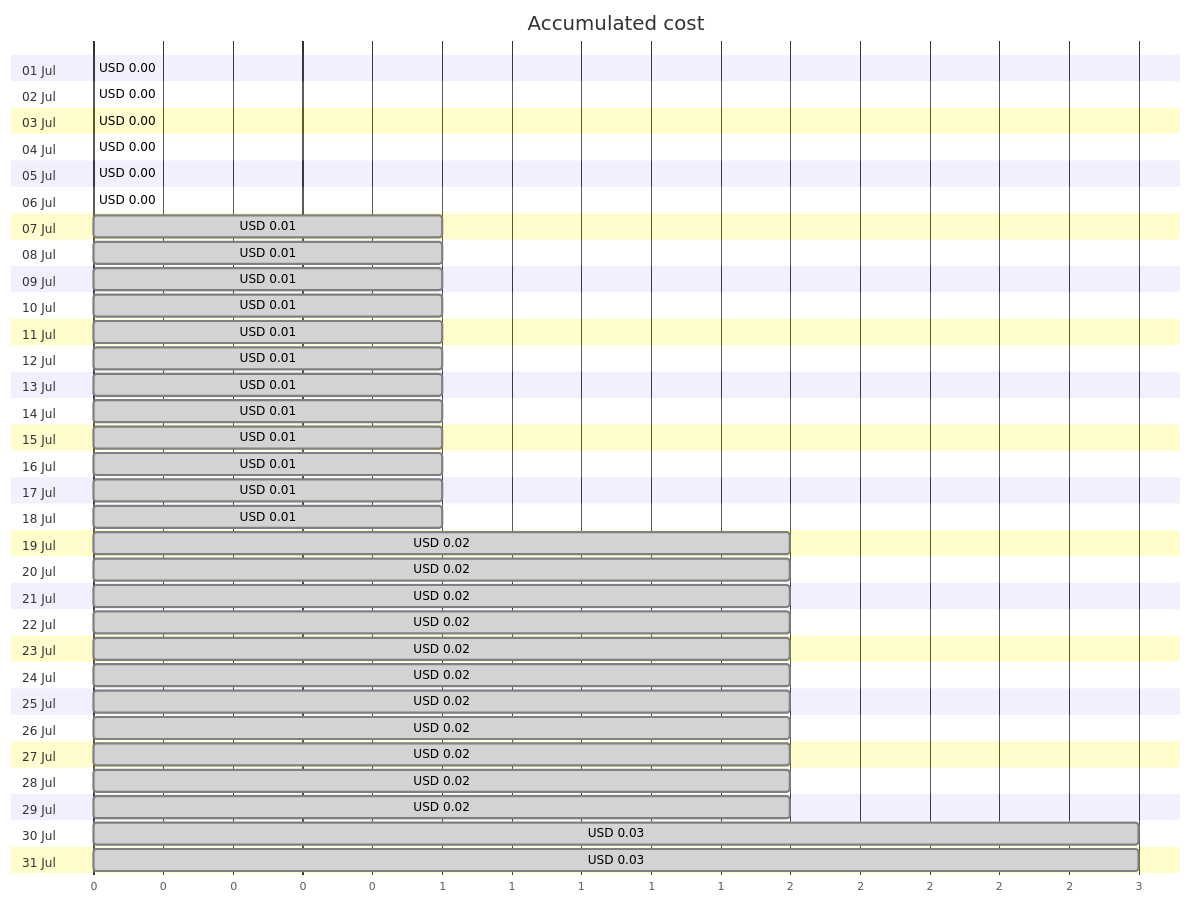
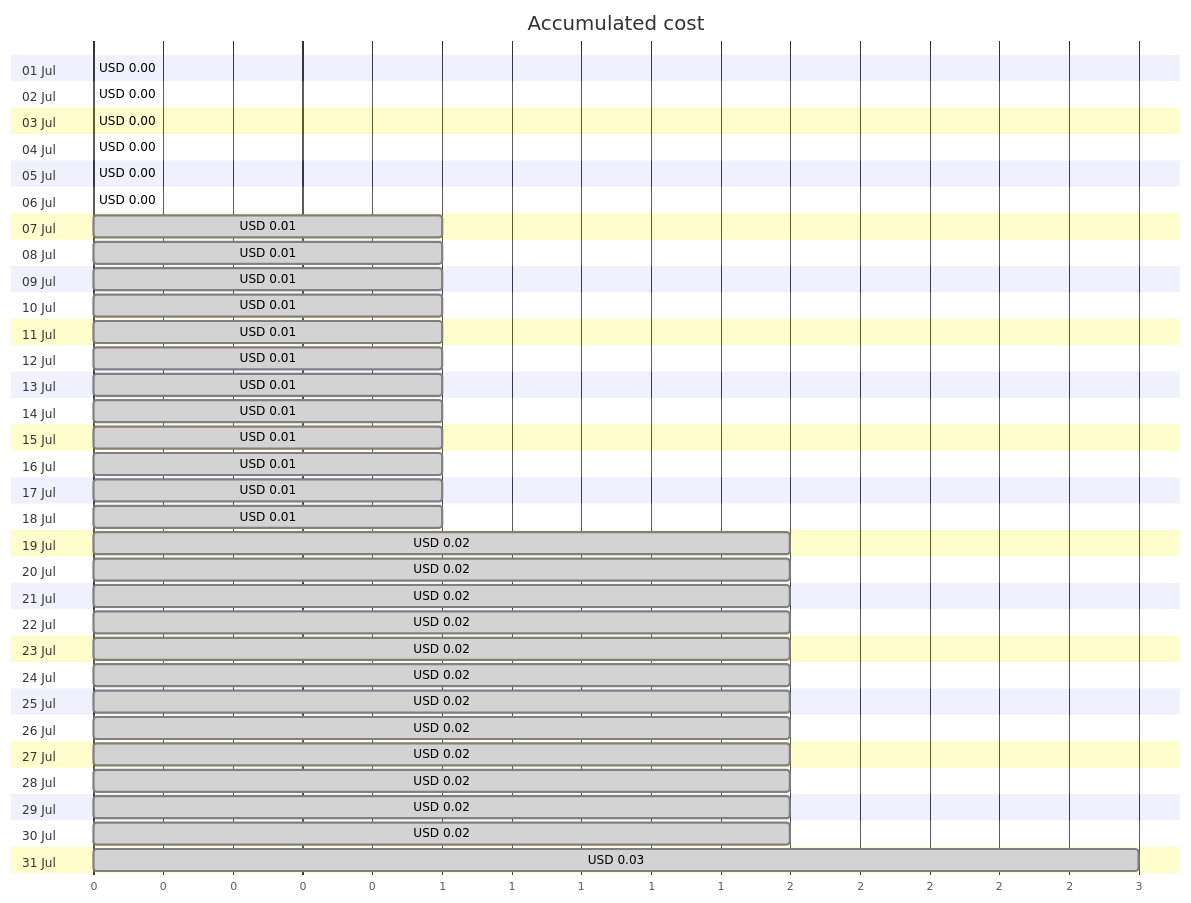
Before and after one commit to jpfulton/azure-personal-reports: the first of 4 diagrams in cost-reports/personal-site/personalsiteapistorage.md, drawn with Mermaid. The commit also changed other lines of this file and 6 other files, not shown here.

````diff
--- a/cost-reports/personal-site/personalsiteapistorage.md
+++ b/cost-reports/personal-site/personalsiteapistorage.md
@@ -20,68 +20,68 @@
 ```mermaid
 gantt
    title Accumulated cost
    dateFormat  X
    axisFormat %s
    section 01 Jul
    USD 0.00 :0, 0
    section 02 Jul
    USD 0.00 :0, 0
    section 03 Jul
    USD 0.00 :0, 0
    section 04 Jul
    USD 0.00 :0, 0
    section 05 Jul
-   USD 0.00 : done, 0, 0
+   USD 0.00 :0, 0
    section 06 Jul
    USD 0.00 : done, 0, 0
    section 07 Jul
    USD 0.01 : done, 0, 1
    section 08 Jul
    USD 0.01 : done, 0, 1
    section 09 Jul
    USD 0.01 : done, 0, 1
    section 10 Jul
    USD 0.01 : done, 0, 1
    section 11 Jul
    USD 0.01 : done, 0, 1
    section 12 Jul
    USD 0.01 : done, 0, 1
    section 13 Jul
    USD 0.01 : done, 0, 1
    section 14 Jul
    USD 0.01 : done, 0, 1
    section 15 Jul
    USD 0.01 : done, 0, 1
    section 16 Jul
    USD 0.01 : done, 0, 1
    section 17 Jul
    USD 0.01 : done, 0, 1
    section 18 Jul
    USD 0.01 : done, 0, 1
    section 19 Jul
    USD 0.02 : done, 0, 2
    section 20 Jul
    USD 0.02 : done, 0, 2
    section 21 Jul
    USD 0.02 : done, 0, 2
    section 22 Jul
    USD 0.02 : done, 0, 2
    section 23 Jul
    USD 0.02 : done, 0, 2
    section 24 Jul
    USD 0.02 : done, 0, 2
    section 25 Jul
    USD 0.02 : done, 0, 2
    section 26 Jul
    USD 0.02 : done, 0, 2
    section 27 Jul
    USD 0.02 : done, 0, 2
    section 28 Jul
    USD 0.02 : done, 0, 2
    section 29 Jul
    USD 0.02 : done, 0, 2
    section 30 Jul
-   USD 0.03 : done, 0, 3
+   USD 0.02 : done, 0, 2
    section 31 Jul
    USD 0.03 : done, 0, 3
 ```
````
